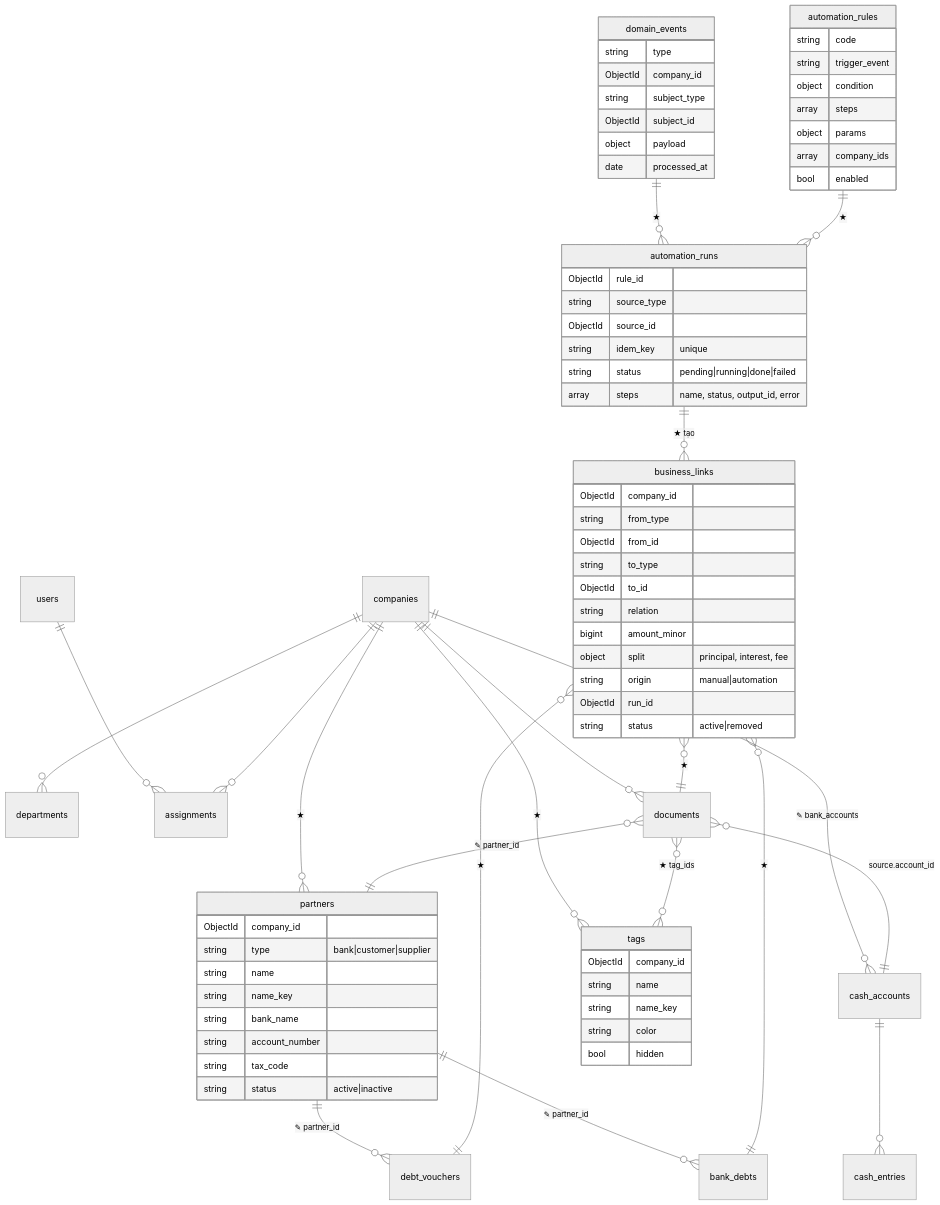
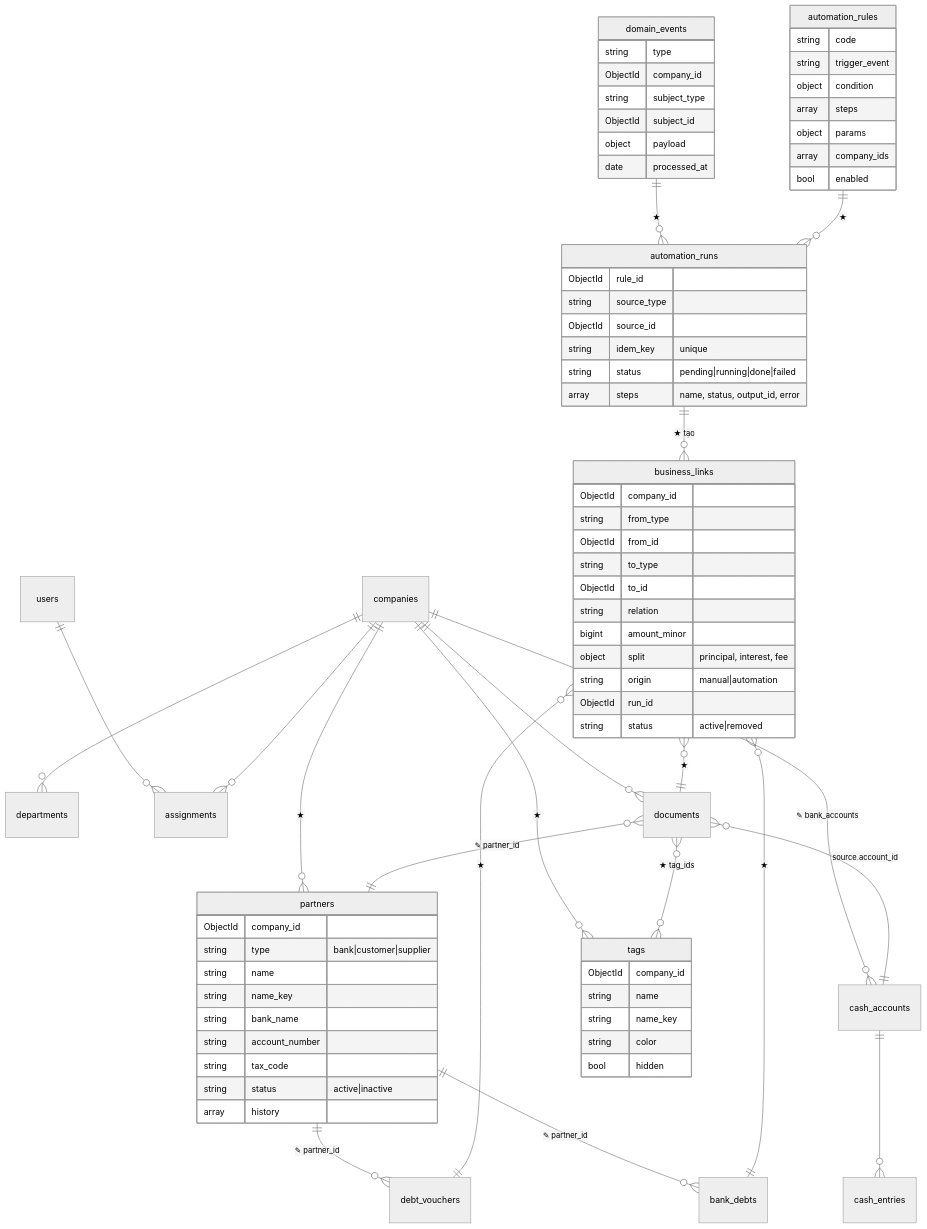
One commit to hainh/FinGate changed diagram 14 of 15 in v2/v2.md. Above: the diagram before and after it, drawn with Mermaid (neutral theme). The commit also changed other lines of this file, not shown here.

````diff
--- a/v2/v2.md
+++ b/v2/v2.md
@@ -833,78 +878,79 @@
 ```mermaid
 erDiagram
   companies ||--o{ departments : ""
   users ||--o{ assignments : ""
   companies ||--o{ assignments : ""
   companies ||--o{ cash_accounts : "✎ bank_accounts"
   companies ||--o{ partners : "★"
   companies ||--o{ tags : "★"
   companies ||--o{ documents : ""
   documents }o--|| partners : "✎ partner_id"
   documents }o--o{ tags : "★ tag_ids"
   documents }o--|| cash_accounts : "source.account_id"
   cash_accounts ||--o{ cash_entries : ""
   partners ||--o{ debt_vouchers : "✎ partner_id"
   partners ||--o{ bank_debts : "✎ partner_id"
   business_links }o--|| documents : "★"
   business_links }o--|| debt_vouchers : "★"
   business_links }o--|| bank_debts : "★"
   domain_events ||--o{ automation_runs : "★"
   automation_rules ||--o{ automation_runs : "★"
   automation_runs ||--o{ business_links : "★ tạo"
 
   partners {
     ObjectId company_id
     string type "bank|customer|supplier"
     string name
     string name_key
     string bank_name
     string account_number
     string tax_code
     string status "active|inactive"
+    array history
   }
   tags {
     ObjectId company_id
     string name
     string name_key
     string color
     bool hidden
   }
   business_links {
     ObjectId company_id
     string from_type
     ObjectId from_id
     string to_type
     ObjectId to_id
     string relation
     bigint amount_minor
     object split "principal, interest, fee"
     string origin "manual|automation"
     ObjectId run_id
     string status "active|removed"
   }
   automation_rules {
     string code
     string trigger_event
     object condition
     array steps
     object params
     array company_ids
     bool enabled
   }
   automation_runs {
     ObjectId rule_id
     string source_type
     ObjectId source_id
     string idem_key "unique"
     string status "pending|running|done|failed"
     array steps "name, status, output_id, error"
   }
   domain_events {
     string type
     ObjectId company_id
     string subject_type
     ObjectId subject_id
     object payload
     date processed_at
   }
 ```
````
